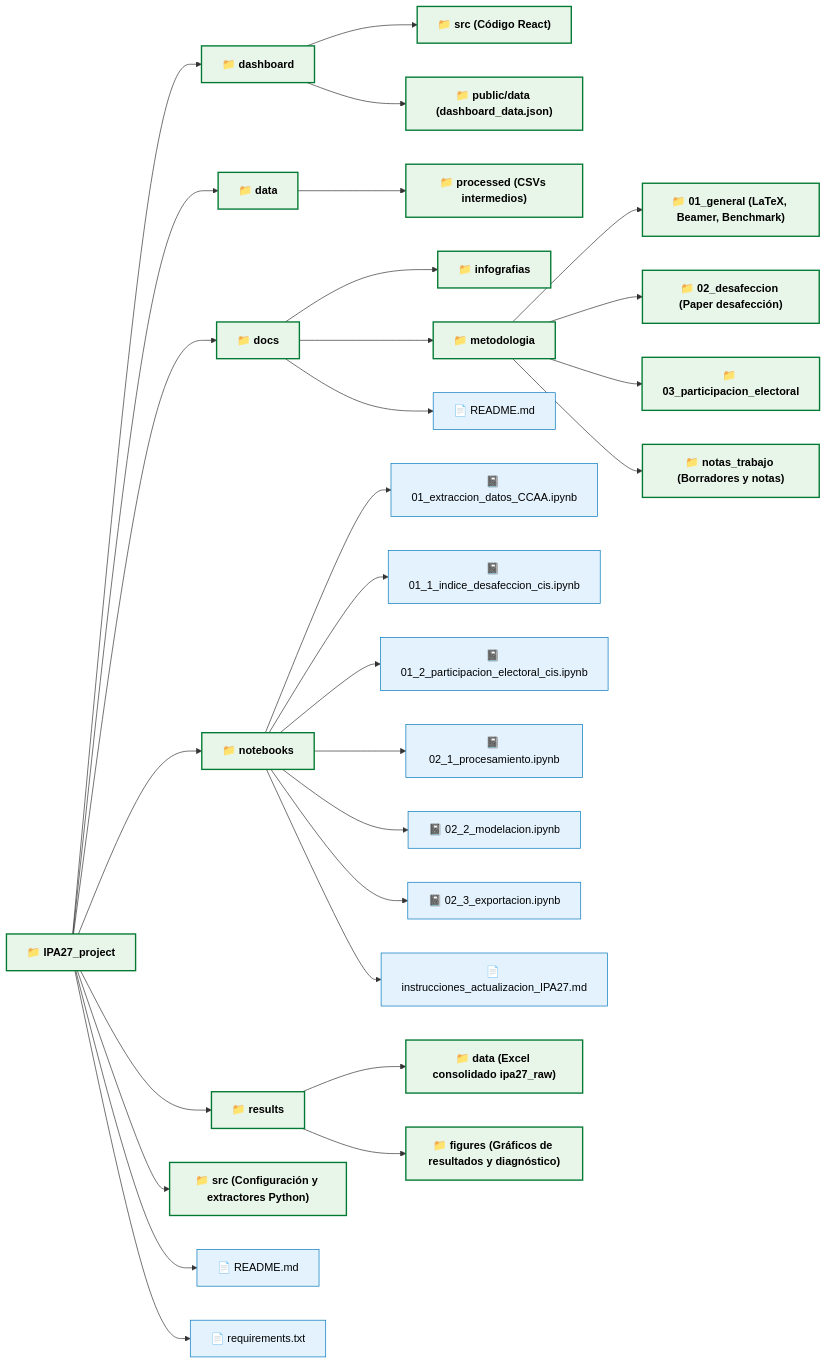
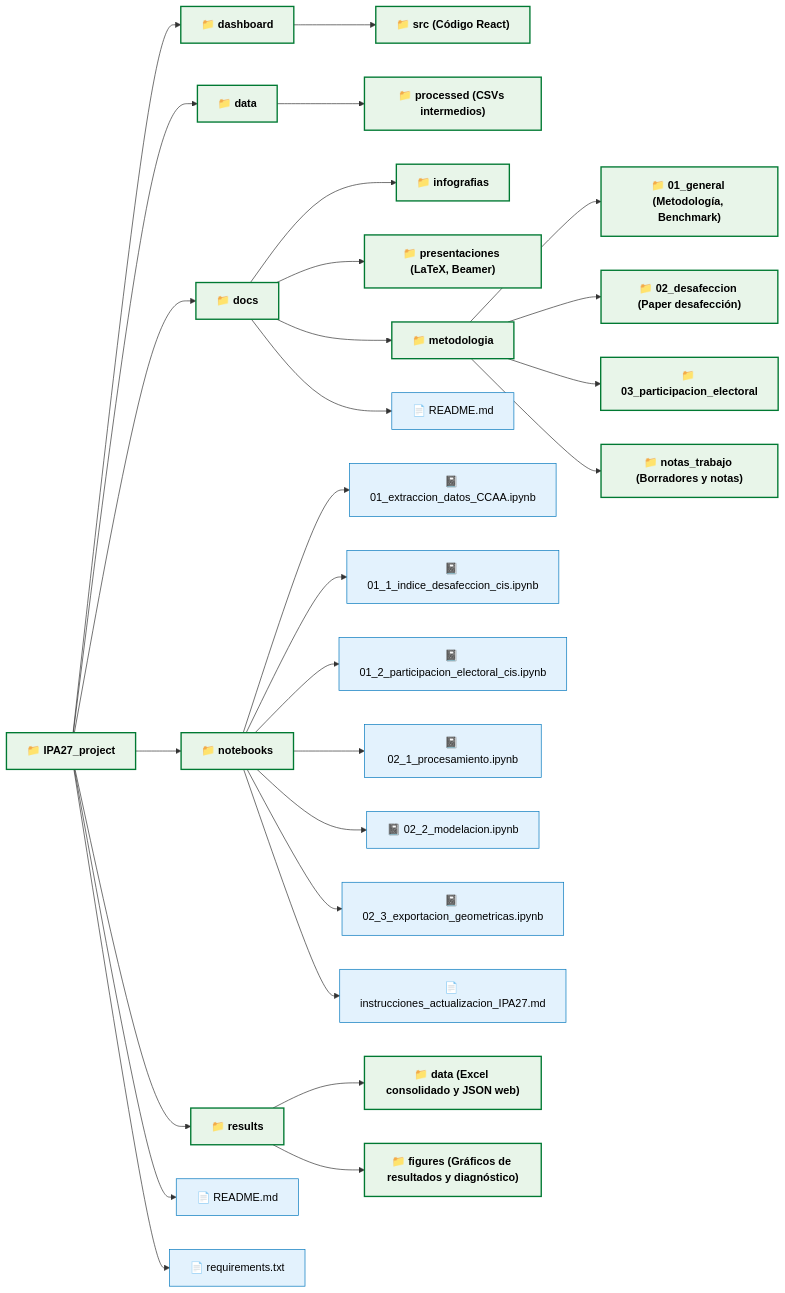
One commit to mhidper/IPA27_project changed the diagram in README.md. Above: the diagram before and after it, drawn with Mermaid. The commit also changed other lines of this file and 56 other files, not shown here.

Commit message:
refactor: centralize dashboard data processing, implement Vite middleware for results access, and update project structure and documentation.

````diff
--- a/README.md
+++ b/README.md
@@ -69,41 +63,40 @@
 ```mermaid
 graph LR
     classDef default fill:#f9f9f9,stroke:#333,stroke-width:1px,color:#000;
     classDef folder fill:#e8f5e9,stroke:#007932,stroke-width:2px,font-weight:bold,color:#000;
     classDef file fill:#e3f2fd,stroke:#0277bd,stroke-width:1px,color:#000;
     
     Root["📁 IPA27_project"]:::folder
     
     Root --> Dash["📁 dashboard"]:::folder
     Dash --> DashSrc["📁 src (Código React)"]:::folder
-    Dash --> DashPub["📁 public/data (dashboard_data.json)"]:::folder
     
     Root --> Data["📁 data"]:::folder
     Data --> DataProc["📁 processed (CSVs intermedios)"]:::folder
     
     Root --> Docs["📁 docs"]:::folder
     Docs --> DocsInfo["📁 infografias"]:::folder
+    Docs --> DocsPres["📁 presentaciones (LaTeX, Beamer)"]:::folder
     Docs --> DocsMet["📁 metodologia"]:::folder
-    DocsMet --> DocsMetGen["📁 01_general (LaTeX, Beamer, Benchmark)"]:::folder
+    DocsMet --> DocsMetGen["📁 01_general (Metodología, Benchmark)"]:::folder
     DocsMet --> DocsMetDes["📁 02_desafeccion (Paper desafección)"]:::folder
     DocsMet --> DocsMetEle["📁 03_participacion_electoral"]:::folder
     DocsMet --> DocsMetNot["📁 notas_trabajo (Borradores y notas)"]:::folder
     Docs --> DocsReadme["📄 README.md"]:::file
     
     Root --> Notebooks["📁 notebooks"]:::folder
     Notebooks --> NbExt["📓 01_extraccion_datos_CCAA.ipynb"]:::file
     Notebooks --> NbDes["📓 01_1_indice_desafeccion_cis.ipynb"]:::file
     Notebooks --> NbPar["📓 01_2_participacion_electoral_cis.ipynb"]:::file
     Notebooks --> NbP1["📓 02_1_procesamiento.ipynb"]:::file
     Notebooks --> NbP2["📓 02_2_modelacion.ipynb"]:::file
-    Notebooks --> NbP3["📓 02_3_exportacion.ipynb"]:::file
+    Notebooks --> NbP3["📓 02_3_exportacion_geometricas.ipynb"]:::file
     Notebooks --> NbInst["📄 instrucciones_actualizacion_IPA27.md"]:::file
     
     Root --> Results["📁 results"]:::folder
-    Results --> ResData["📁 data (Excel consolidado ipa27_raw)"]:::folder
+    Results --> ResData["📁 data (Excel consolidado y JSON web)"]:::folder
     Results --> ResFigs["📁 figures (Gráficos de resultados y diagnóstico)"]:::folder
     
-    Root --> Src["📁 src (Configuración y extractores Python)"]:::folder
     Root --> RootReadme["📄 README.md"]:::file
     Root --> Req["📄 requirements.txt"]:::file
 ```
````
